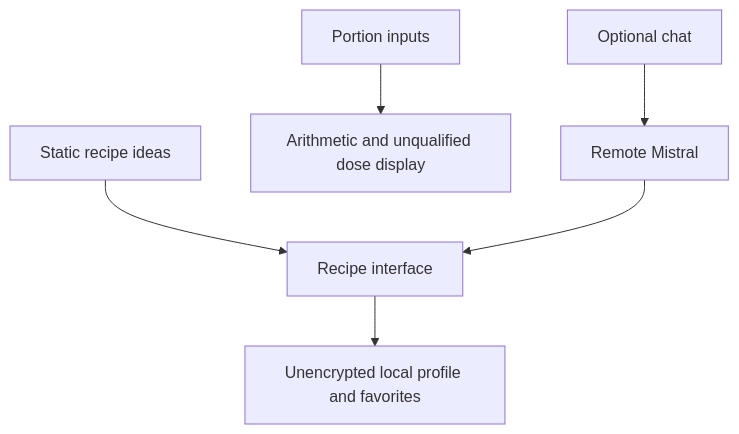
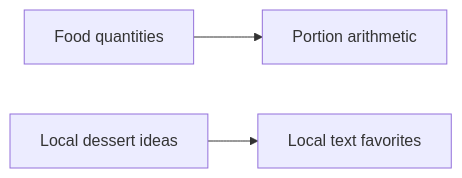
Before and after one commit to Nikoju1977/aylina-is-cooking: the diagram in README.md, drawn with Mermaid. The commit also changed other lines of this file, not shown here.

````diff
--- a/README.md
+++ b/README.md
@@ -7,8 +9,5 @@
 ```mermaid
-flowchart TD
- Recipes[Static recipe ideas] --> UI[Recipe interface]
- Portions[Portion inputs] --> Calc[Arithmetic and unqualified dose display]
- Chat[Optional chat] --> Mistral[Remote Mistral]
- Mistral --> UI
- UI --> Local[Unencrypted local profile and favorites]
+flowchart LR
+ Input[Food quantities] --> Arithmetic[Portion arithmetic]
+ Ideas[Local dessert ideas] --> Favorites[Local text favorites]
 ```
````
